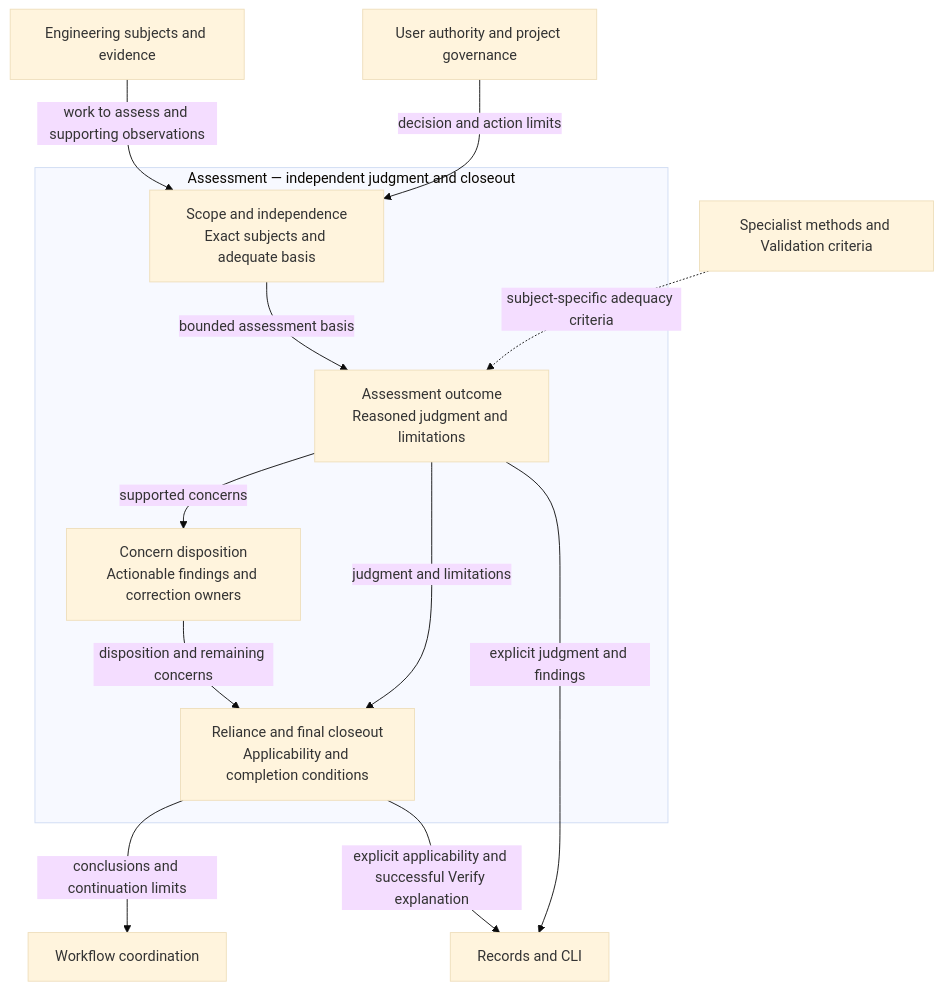
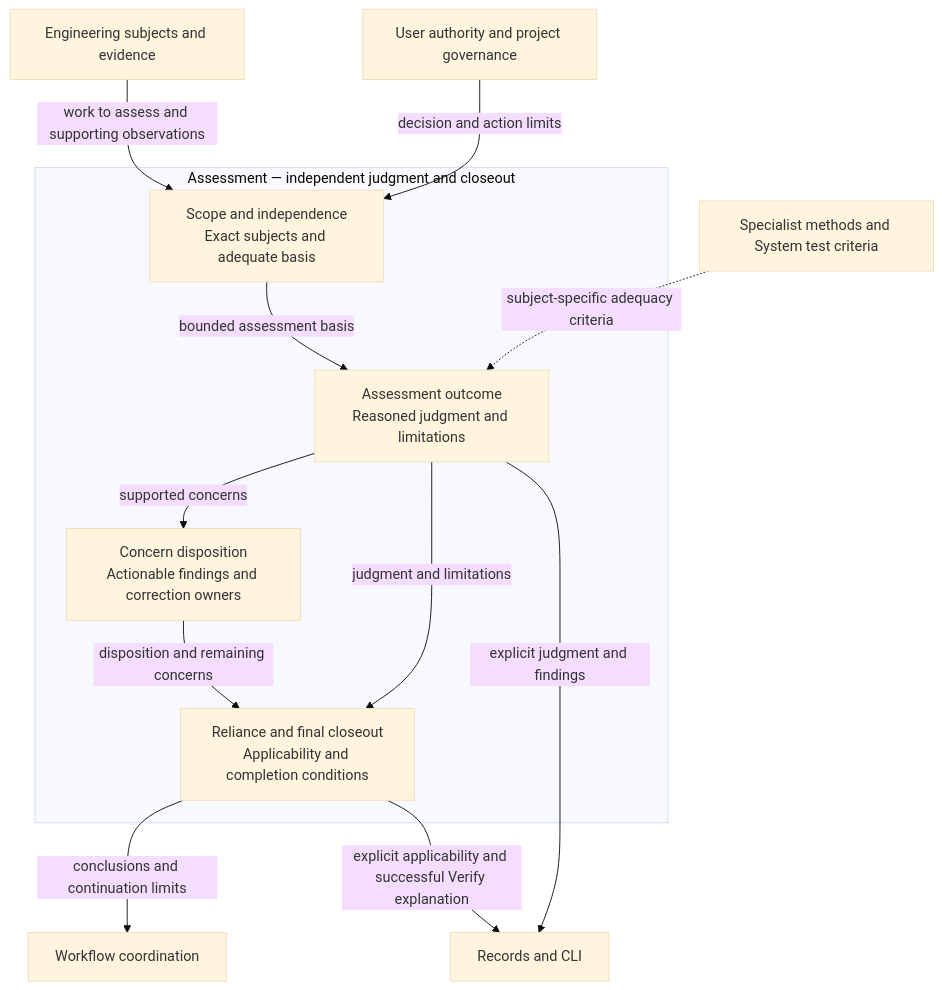
One commit to xiongxianfei/rigorloop changed the first of 4 diagrams in docs/design/skill/assessment.md. Above: the diagram before and after it, drawn with Mermaid (base theme). The commit also changed other lines of this file and 123 other files, not shown here.

````diff
--- a/docs/design/skill/assessment.md
+++ b/docs/design/skill/assessment.md
@@ -35,22 +35,22 @@
 ```mermaid
 flowchart TB
     Subjects["Engineering subjects and evidence"]
-    Methods["Specialist methods and Validation criteria"]
+    Methods["Specialist methods and System test criteria"]
     Authority["User authority and project governance"]
     subgraph Assessment["Assessment — independent judgment and closeout"]
         Scope["Scope and independence<br/>Exact subjects and adequate basis"]
         Judgment["Assessment outcome<br/>Reasoned judgment and limitations"]
         Findings["Concern disposition<br/>Actionable findings and correction owners"]
         Reliance["Reliance and final closeout<br/>Applicability and completion conditions"]
         Scope -->|"bounded assessment basis"| Judgment
         Judgment -->|"supported concerns"| Findings
         Judgment -->|"judgment and limitations"| Reliance
         Findings -->|"disposition and remaining concerns"| Reliance
     end
     Subjects -->|"work to assess and supporting observations"| Scope
     Authority -->|"decision and action limits"| Scope
     Methods -.->|"subject-specific adequacy criteria"| Judgment
     Reliance -->|"conclusions and continuation limits"| Workflow["Workflow coordination"]
     Judgment -->|"explicit judgment and findings"| Records["Records and CLI"]
     Reliance -->|"explicit applicability and successful Verify explanation"| Records
 ```
````
